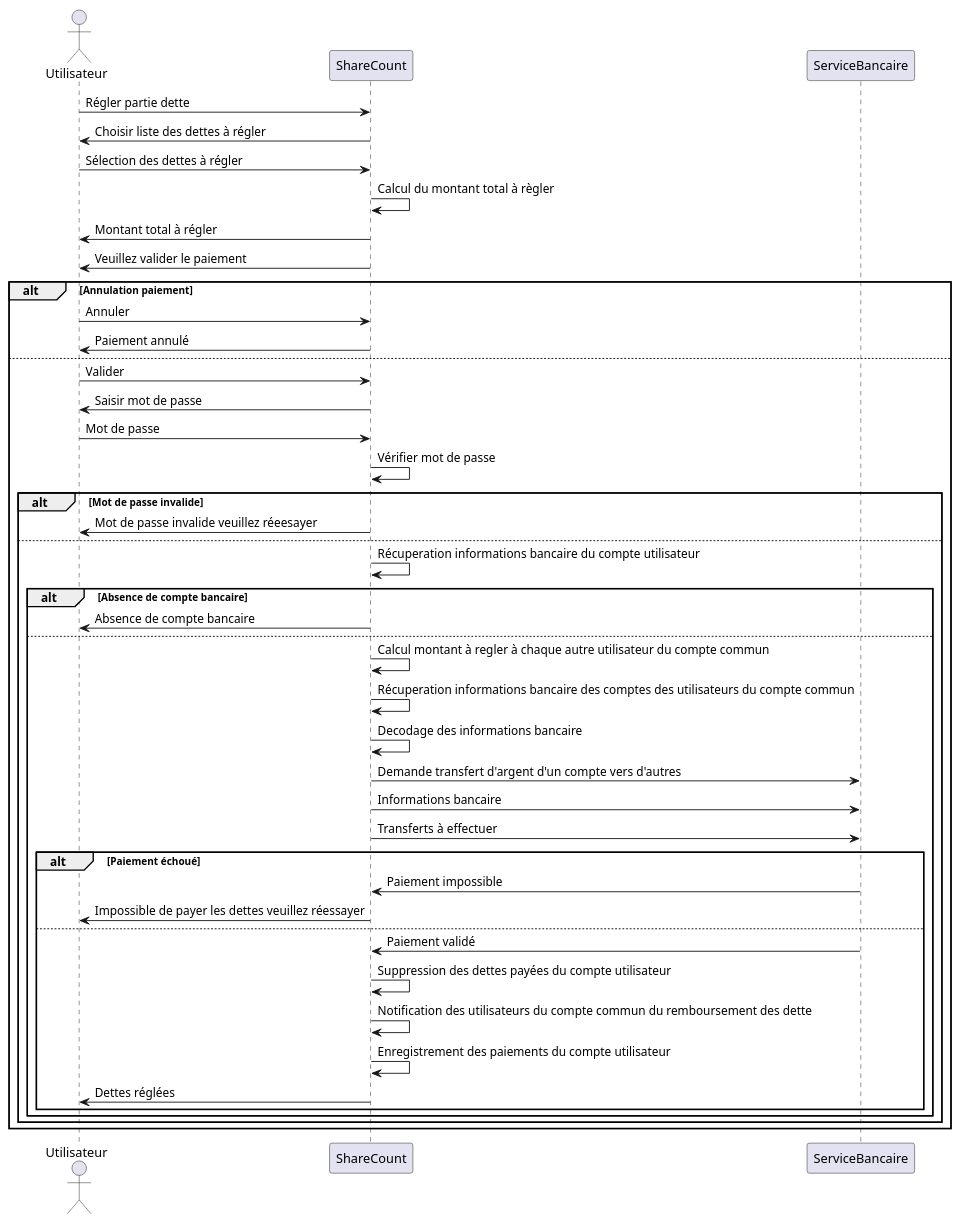
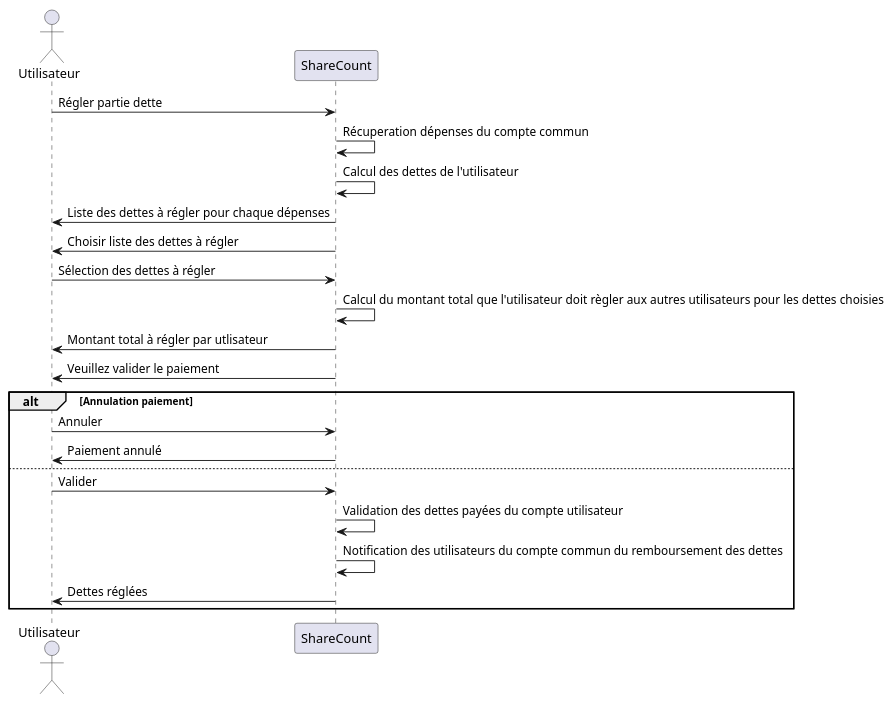
One commit to lmtb06/sharecount changed the diagram in diagrammes/specification/sequence/regler-partie-dette.puml. Above: the diagram before and after it, drawn with PlantUML. The commit also changed 7 other files, not shown here.

Commit message:
- Actualisation diagramme de package - Ajout de la creation de compte pour admin - Correction de differents diagrammes de séquence

```diff
--- a/diagrammes/specification/sequence/regler-partie-dette.puml
+++ b/diagrammes/specification/sequence/regler-partie-dette.puml
@@ -1,49 +1,27 @@
 @startuml "Régler une partie de sa dette envers quelqu’un"
 
 actor Utilisateur as u
 participant ShareCount as sc
-participant ServiceBancaire as sb
 
 u 	-> 	sc : Régler partie dette
+sc	-> 	sc : Récuperation dépenses du compte commun
+sc	-> 	sc : Calcul des dettes de l'utilisateur
+u		<- 	sc : Liste des dettes à régler pour chaque dépenses
 u		<- 	sc : Choisir liste des dettes à régler
 u		-> 	sc : Sélection des dettes à régler
-sc 	->	sc : Calcul du montant total à règler
-u 	<-	sc : Montant total à régler
+sc 	->	sc : Calcul du montant total que l'utilisateur doit règler aux autres utilisateurs pour les dettes choisies
+u 	<-	sc : Montant total à régler par utlisateur
 u 	<-	sc : Veuillez valider le paiement
 alt Annulation paiement
 u 	->	sc : Annuler
 u 	<-	sc : Paiement annulé
 else
 u 	->	sc : Valider
-u 	<- 	sc : Saisir mot de passe
-u 	-> 	sc : Mot de passe
-sc 	-> 	sc : Vérifier mot de passe
-alt Mot de passe invalide
-u 	<- 	sc : Mot de passe invalide veuillez réeesayer
-else
-sc 	-> 	sc : Récuperation informations bancaire du compte utilisateur
-alt Absence de compte bancaire
-sc 	-> u : Absence de compte bancaire
-else
-sc 	->	sc : Calcul montant à regler à chaque autre utilisateur du compte commun
-sc 	-> 	sc : Récuperation informations bancaire des comptes des utilisateurs du compte commun
-sc 	-> 	sc : Decodage des informations bancaire
-sc 	->	sb : Demande transfert d'argent d'un compte vers d'autres
-sc 	-> 	sb : Informations bancaire
-sc 	->	sb : Transferts à effectuer
-alt Paiement échoué
-sc 	<-	sb : Paiement impossible
-u 	<-	sc : Impossible de payer les dettes veuillez réessayer
-else
-sc 	<-	sb : Paiement validé
-sc 	->	sc : Suppression des dettes payées du compte utilisateur
-sc 	-> 	sc : Notification des utilisateurs du compte commun du remboursement des dette
-sc 	->	sc : Enregistrement des paiements du compte utilisateur
+sc 	->	sc : Validation des dettes payées du compte utilisateur
+sc 	-> 	sc : Notification des utilisateurs du compte commun du remboursement des dettes
 u 	<-	sc : Dettes réglées
-end
-end
-end
 end
 
 
+
 @enduml
```
